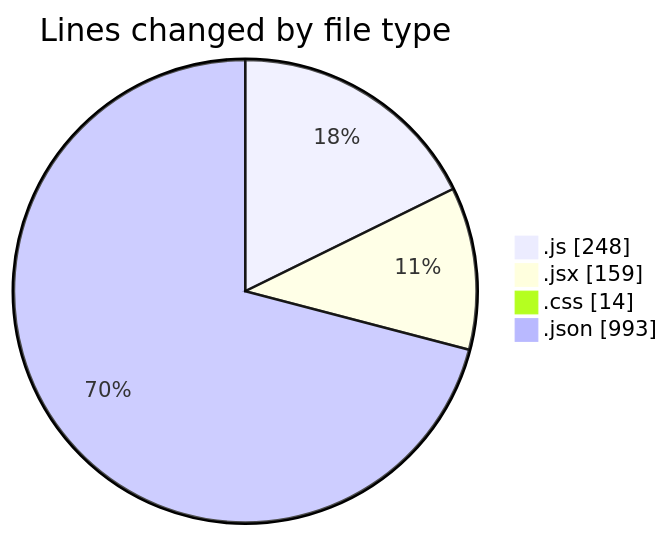
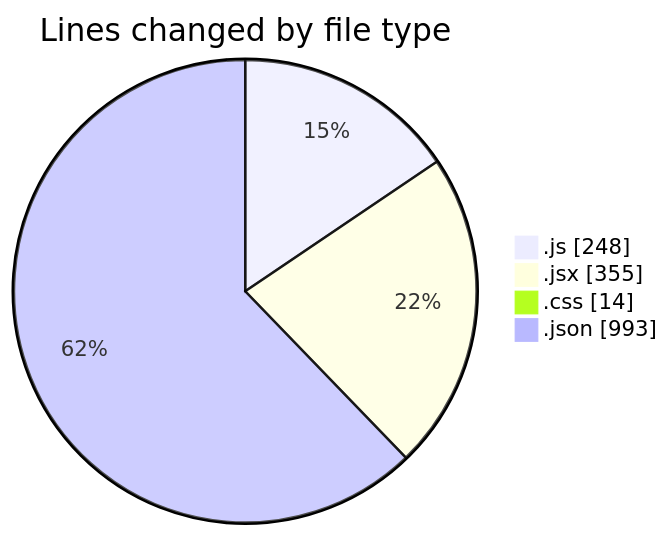
Before and after one commit to Ritupan-Deka/code-tracking: the first of 2 diagrams in 2025-07-01/urlwebwalatask/README.md, drawn with Mermaid. The commit also changed other lines of this file and 1 other file, not shown here.

````diff
--- a/2025-07-01/urlwebwalatask/README.md
+++ b/2025-07-01/urlwebwalatask/README.md
@@ -27,8 +29,8 @@
 ```mermaid
 pie showData
 title Lines changed by file type
 ".js" : 248
-".jsx" : 159
+".jsx" : 355
 ".css" : 14
 ".json" : 993
 ```
````
